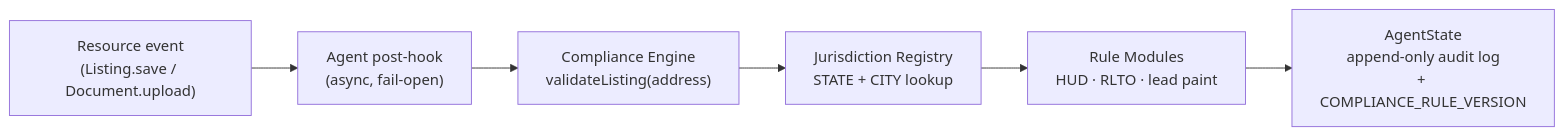
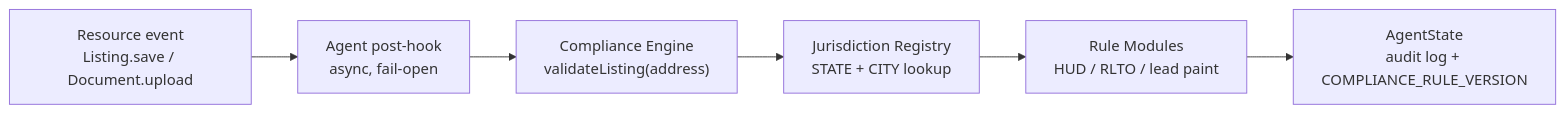
One commit to staceySpears/Tenura-Architecture-Showcase changed the diagram in README.md. Above: the diagram before and after it, drawn with Mermaid.

Commit message:
fix(readme): replace non-ASCII middle dot in Mermaid labels to fix blank render

````diff
--- a/README.md
+++ b/README.md
@@ -48,8 +48,8 @@
 ```mermaid
 flowchart LR
-    A["Resource event<br/>(Listing.save / Document.upload)"] --> B["Agent post-hook<br/>(async, fail-open)"]
+    A["Resource event<br/>Listing.save / Document.upload"] --> B["Agent post-hook<br/>async, fail-open"]
     B --> C["Compliance Engine<br/>validateListing(address)"]
     C --> D["Jurisdiction Registry<br/>STATE + CITY lookup"]
-    D --> E["Rule Modules<br/>HUD · RLTO · lead paint"]
-    E --> F["AgentState<br/>append-only audit log<br/>+ COMPLIANCE_RULE_VERSION"]
+    D --> E["Rule Modules<br/>HUD / RLTO / lead paint"]
+    E --> F["AgentState<br/>audit log + COMPLIANCE_RULE_VERSION"]
 ```
````
